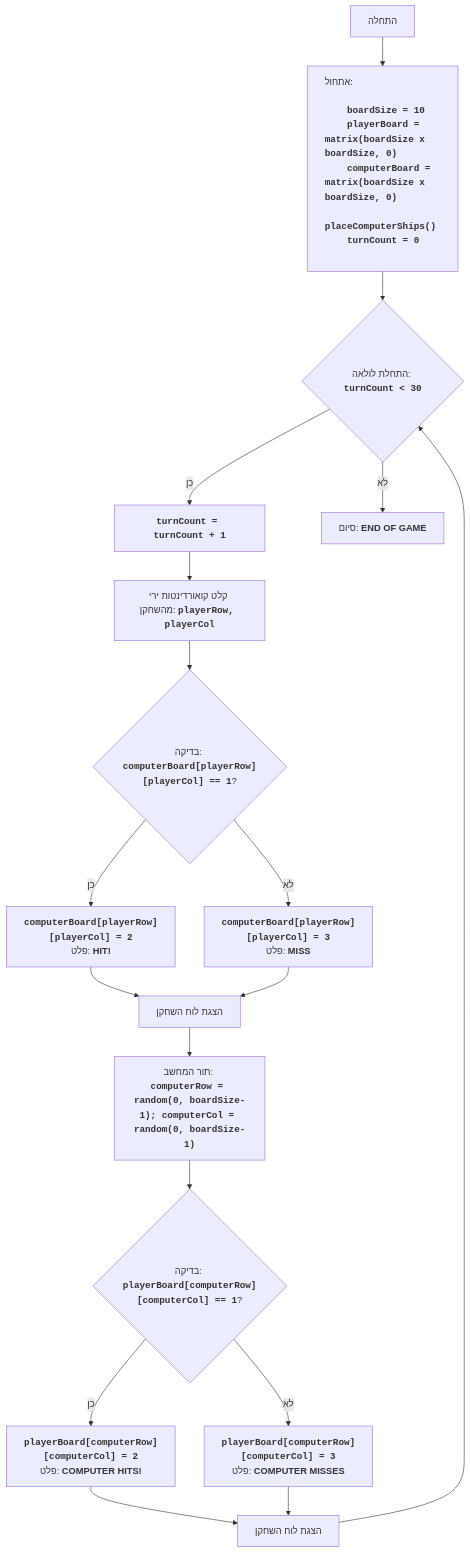
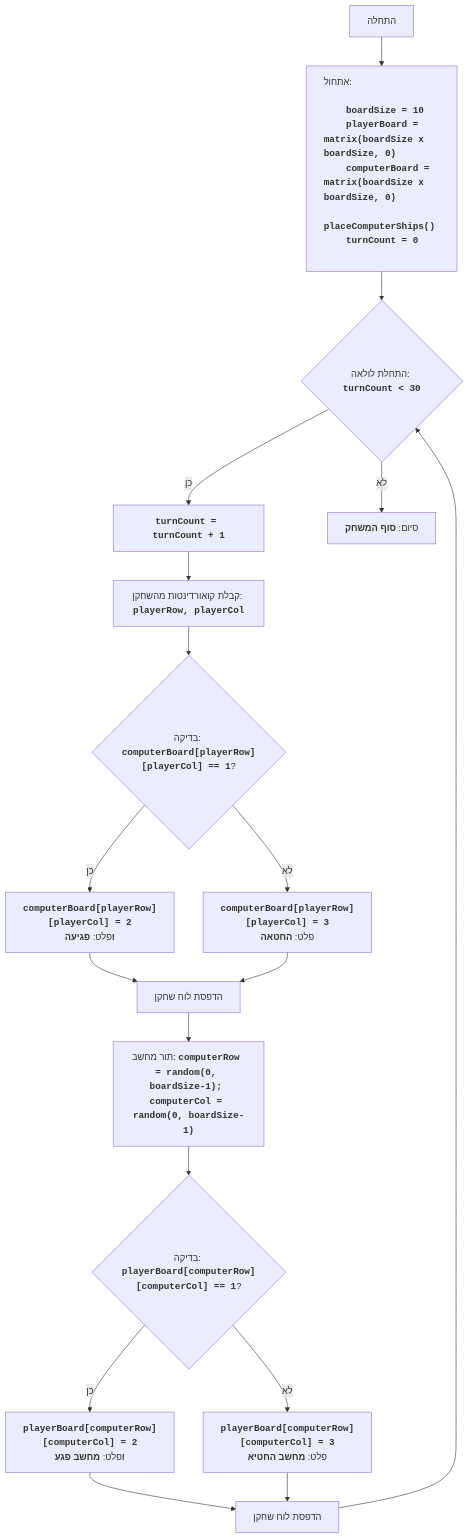
One commit to hypo69/hypo changed the diagram in docs/gemini/he/explainer/src/endpoints/ai_games/101_basic_computer_games/ru/GAMES/BATTLE/battle.py.md. Above: the diagram before and after it, drawn with Mermaid. The commit also changed other lines of this file and 885 other files, not shown here.

````diff
--- a/docs/gemini/he/explainer/src/endpoints/ai_games/101_basic_computer_games/ru/GAMES/BATTLE/battle.py.md
+++ b/docs/gemini/he/explainer/src/endpoints/ai_games/101_basic_computer_games/ru/GAMES/BATTLE/battle.py.md
@@ -49,20 +64,21 @@
 ```mermaid
 flowchart TD
     Start["התחלה"] --> InitializeGame["<p align='left'>אתחול:\n    <code><b>\n    boardSize = 10\n    playerBoard = matrix(boardSize x boardSize, 0)\n    computerBoard = matrix(boardSize x boardSize, 0)\n    placeComputerShips()\n    turnCount = 0\n    </b></code></p>"]
     InitializeGame --> GameLoopStart{"התחלת לולאה: <code><b>turnCount < 30</b></code>"}
     GameLoopStart -- כן --> IncreaseTurnCount["<code><b>turnCount = turnCount + 1</b></code>"]
-    IncreaseTurnCount --> PlayerInput["קלט קואורדינטות ירי מהשחקן: <code><b>playerRow, playerCol</b></code>"]
+    IncreaseTurnCount --> PlayerInput["קבלת קואורדינטות מהשחקן: <code><b>playerRow, playerCol</b></code>"]
     PlayerInput --> CheckPlayerHit{"בדיקה: <code><b>computerBoard[playerRow][playerCol] == 1</b></code>?"}
-    CheckPlayerHit -- כן --> PlayerHit["<code><b>computerBoard[playerRow][playerCol] = 2</b></code><br>פלט: <b>HIT!</b>"]
-    PlayerHit --> PrintPlayerBoard["הצגת לוח השחקן"]
-     PrintPlayerBoard --> ComputerTurn["תור המחשב: <code><b>computerRow = random(0, boardSize-1); computerCol = random(0, boardSize-1)</b></code>"]
-    CheckPlayerHit -- לא --> PlayerMiss["<code><b>computerBoard[playerRow][playerCol] = 3</b></code><br>פלט: <b>MISS</b>"]
+    CheckPlayerHit -- כן --> PlayerHit["<code><b>computerBoard[playerRow][playerCol] = 2</b></code><br>פלט: <b>פגיעה!</b>"]
+    PlayerHit --> PrintPlayerBoard["הדפסת לוח שחקן"]
+     PrintPlayerBoard --> ComputerTurn["תור מחשב: <code><b>computerRow = random(0, boardSize-1); computerCol = random(0, boardSize-1)</b></code>"]
+    CheckPlayerHit -- לא --> PlayerMiss["<code><b>computerBoard[playerRow][playerCol] = 3</b></code><br>פלט: <b>החטאה</b>"]
      PlayerMiss --> PrintPlayerBoard
     ComputerTurn --> CheckComputerHit{"בדיקה: <code><b>playerBoard[computerRow][computerCol] == 1</b></code>?"}
-    CheckComputerHit -- כן --> ComputerHit["<code><b>playerBoard[computerRow][computerCol] = 2</b></code><br>פלט: <b>COMPUTER HITS!</b>"]
-    ComputerHit --> PrintPlayerBoard2["הצגת לוח השחקן"]
-    CheckComputerHit -- לא --> ComputerMiss["<code><b>playerBoard[computerRow][computerCol] = 3</b></code><br>פלט: <b>COMPUTER MISSES</b>"]
+    CheckComputerHit -- כן --> ComputerHit["<code><b>playerBoard[computerRow][computerCol] = 2</b></code><br>פלט: <b>מחשב פגע!</b>"]
+    ComputerHit --> PrintPlayerBoard2["הדפסת לוח שחקן"]
+    CheckComputerHit -- לא --> ComputerMiss["<code><b>playerBoard[computerRow][computerCol] = 3</b></code><br>פלט: <b>מחשב החטיא</b>"]
      ComputerMiss --> PrintPlayerBoard2
      PrintPlayerBoard2 --> GameLoopStart
-    GameLoopStart -- לא --> End["סיום: <b>END OF GAME</b>"]
+    GameLoopStart -- לא --> End["סיום: <b>סוף המשחק</b>"]
+
 ```
````
